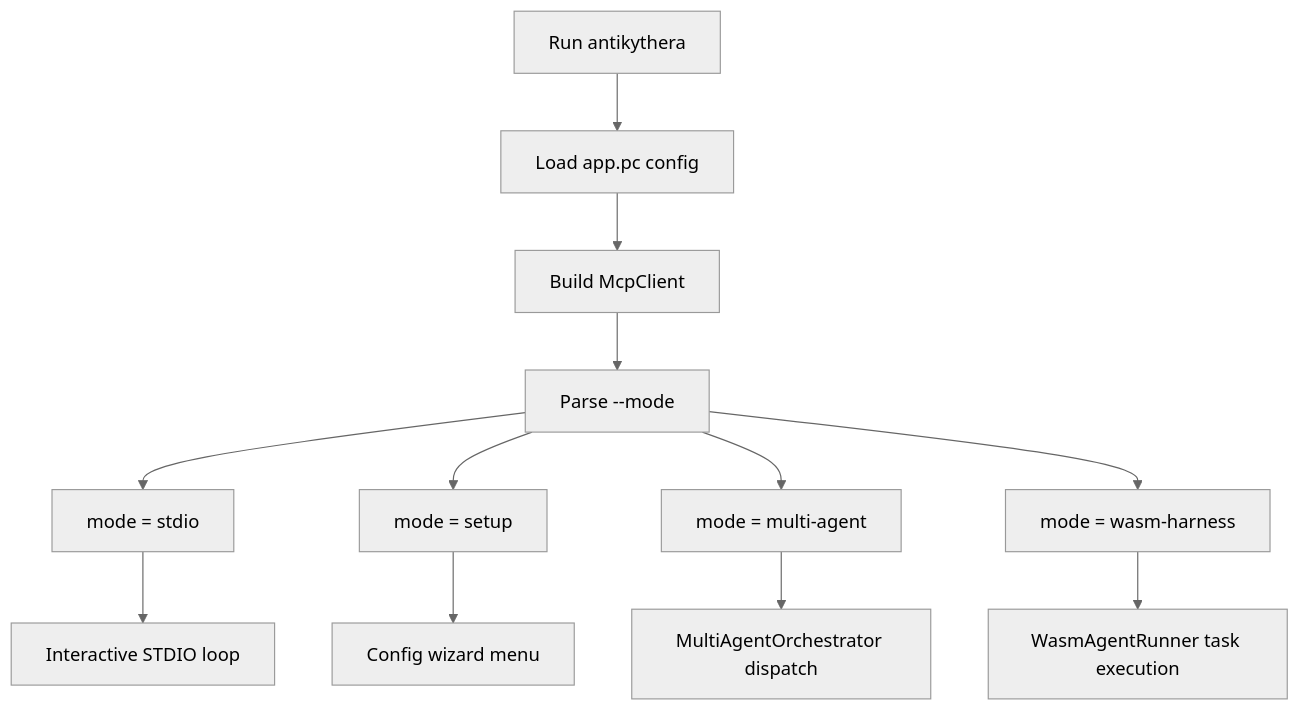
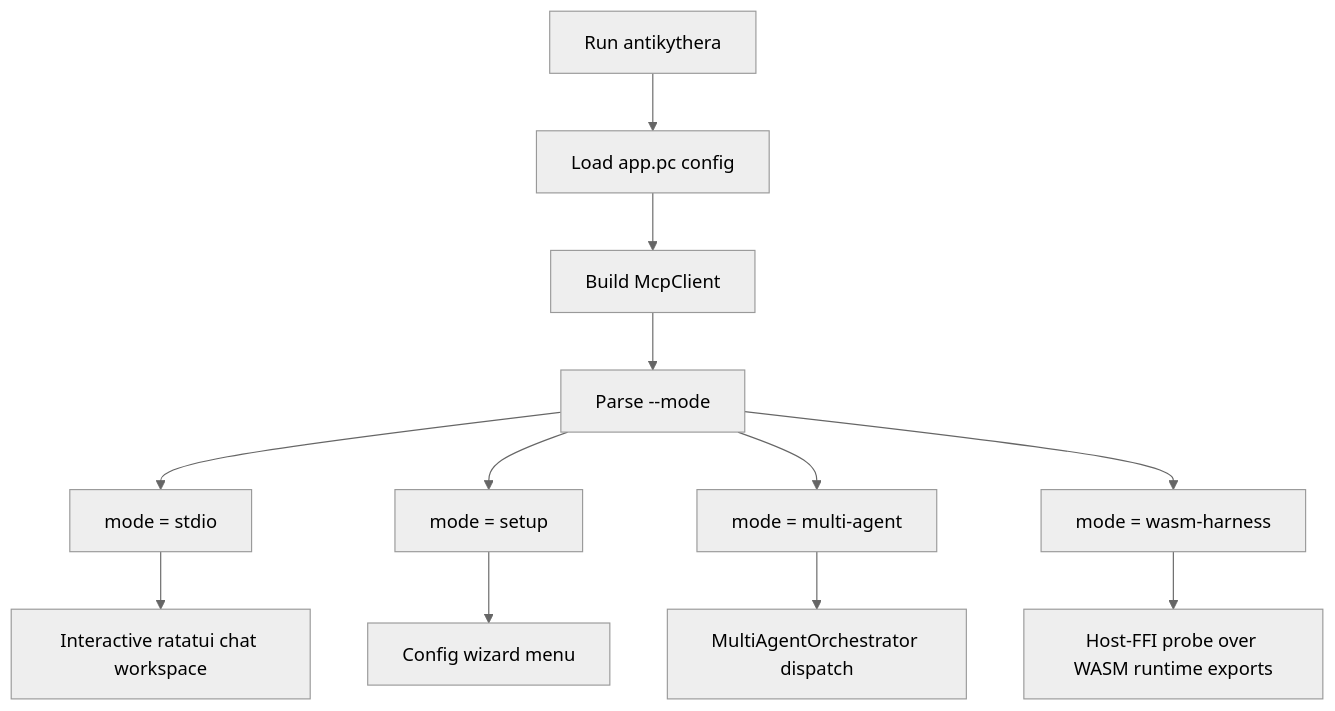
One commit to tsfarizi/antikhitera-mcp-client changed the second of 3 diagrams in documentation/CLI.md. Above: the diagram before and after it, drawn with Mermaid (neutral theme). The commit also changed other lines of this file and 21 other files, not shown here.

First line of the commit message:
feat: add runtime client and chat session management

````diff
--- a/documentation/CLI.md
+++ b/documentation/CLI.md
@@ -43,14 +45,14 @@
 ```mermaid
 flowchart TD
     START[Run antikythera] --> LOAD[Load app.pc config]
     LOAD --> BUILD[Build McpClient]
     BUILD --> PARSE[Parse --mode]
     PARSE --> STDIO[mode = stdio]
     PARSE --> SETUP[mode = setup]
     PARSE --> MULTI[mode = multi-agent]
     PARSE --> HARNESS[mode = wasm-harness]
-    STDIO --> CHAT[Interactive STDIO loop]
+    STDIO --> CHAT[Interactive ratatui chat workspace]
     SETUP --> WIZARD[Config wizard menu]
     MULTI --> ORCH[MultiAgentOrchestrator dispatch]
-    HARNESS --> WASM[WasmAgentRunner task execution]
+    HARNESS --> WASM[Host-FFI probe over WASM runtime exports]
 ```
````
